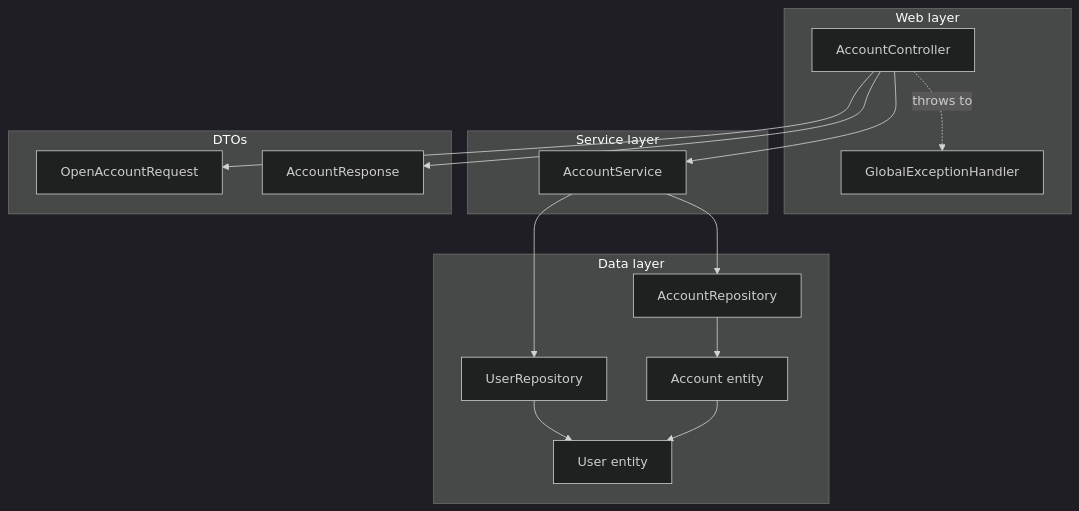
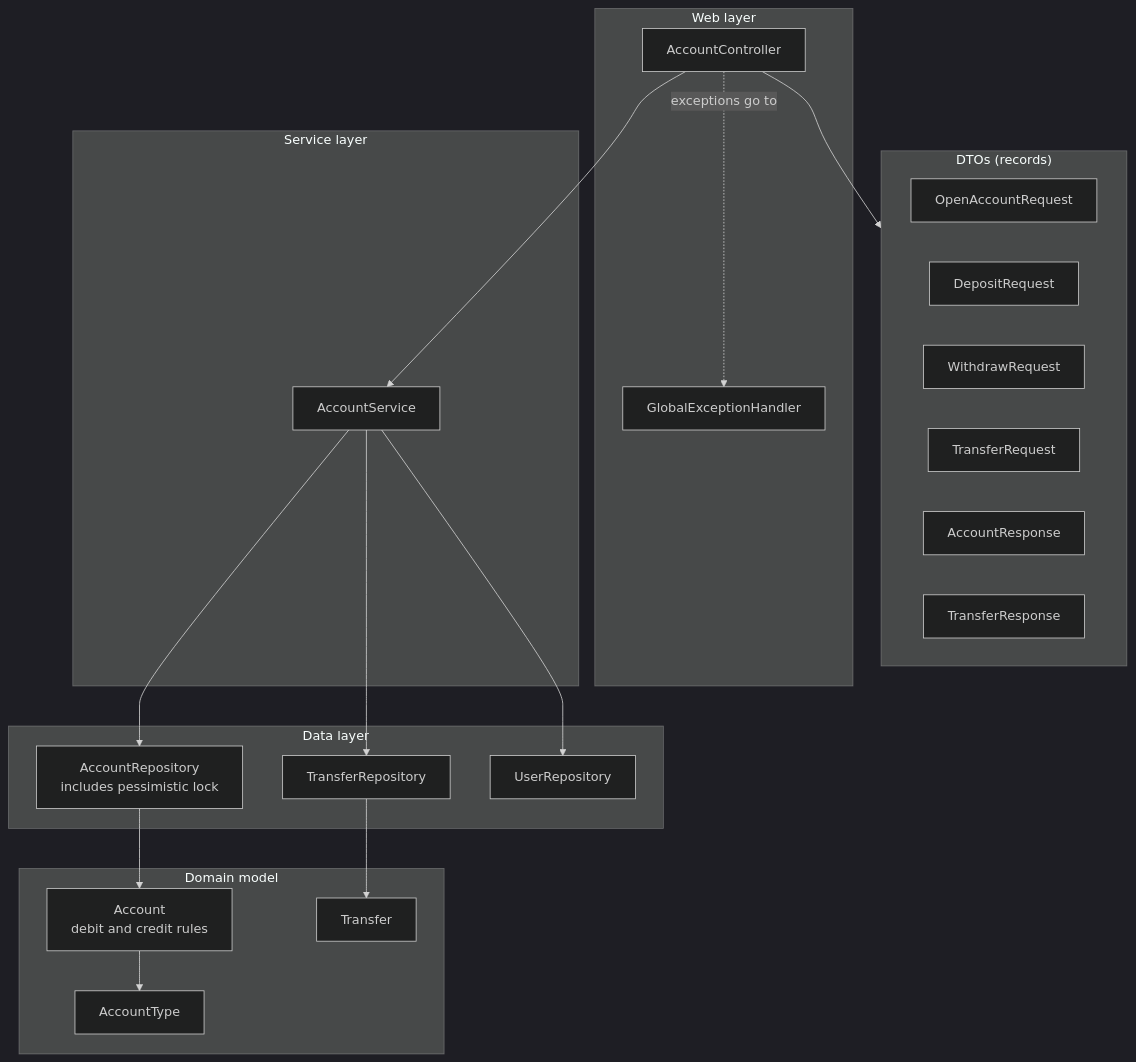
The second of 6 diagrams in docs/02-accounts.md (NikanEidi/ledgerlite), drawn with Mermaid (dark theme) before and after one commit. The commit also changed other lines of this file and 15 other files, not shown here.

````diff
--- a/docs/02-accounts.md
+++ b/docs/02-accounts.md
@@ -68,30 +89,38 @@
 ```mermaid
 flowchart TB
     subgraph web["Web layer"]
         CTRL["AccountController"]
         GEH["GlobalExceptionHandler"]
     end
     subgraph service["Service layer"]
         SVC["AccountService"]
     end
     subgraph data["Data layer"]
-        AR["AccountRepository"]
+        AR["AccountRepository<br/>includes pessimistic lock"]
+        TR["TransferRepository"]
         UR["UserRepository"]
-        ACC["Account entity"]
-        USR["User entity"]
     end
-    subgraph dto["DTOs"]
-        REQ["OpenAccountRequest"]
-        RES["AccountResponse"]
+    subgraph model["Domain model"]
+        ACC["Account<br/>debit and credit rules"]
+        TRF["Transfer"]
+        TYPE["AccountType"]
+    end
+    subgraph dto["DTOs (records)"]
+        OAR["OpenAccountRequest"]
+        DR["DepositRequest"]
+        WR["WithdrawRequest"]
+        TREQ["TransferRequest"]
+        AREP["AccountResponse"]
+        TRES["TransferResponse"]
     end
 
     CTRL --> SVC
-    CTRL --> REQ
-    CTRL --> RES
+    CTRL --> dto
     SVC --> AR
+    SVC --> TR
     SVC --> UR
     AR --> ACC
-    UR --> USR
-    ACC --> USR
-    CTRL -. "throws to" .-> GEH
+    TR --> TRF
+    ACC --> TYPE
+    CTRL -. "exceptions go to" .-> GEH
 ```
````
